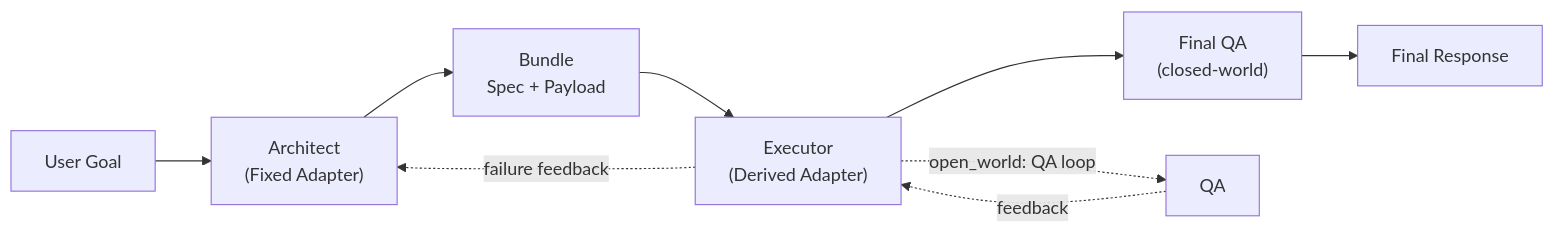
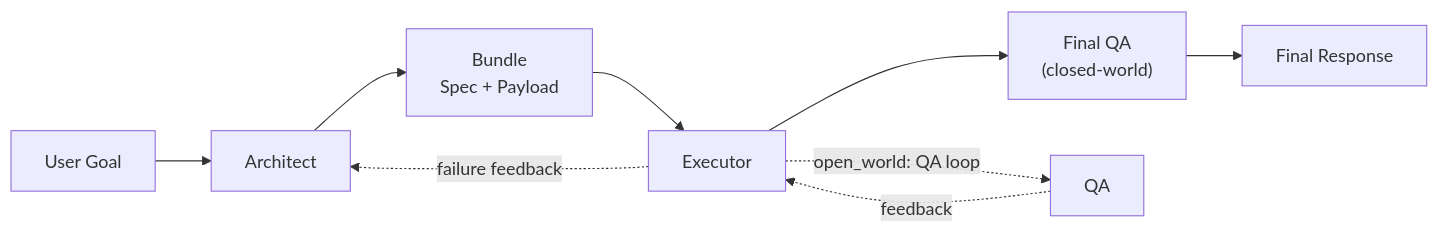
Before and after one commit to GabrielBarberini/meta-prompting-protocol: the first of 2 diagrams in README.md, drawn with Mermaid.

Commit message:
remove legacy term

````diff
--- a/README.md
+++ b/README.md
@@ -51,11 +51,11 @@
 ```mermaid
 flowchart LR
-  U[User Goal] --> A["Architect<br>(Fixed Adapter)"]
+  U[User Goal] --> A[Architect]
   A --> B["Bundle<br>Spec + Payload"]
-  B --> E["Executor<br>(Derived Adapter)"]
+  B --> E[Executor]
   E --> QF["Final QA<br>(closed-world)"]
   QF --> R[Final Response]
   E -. "open_world: QA loop" .-> Q[QA]
   Q -. feedback .-> E
   E -. "failure feedback" .-> A
 ```
````
